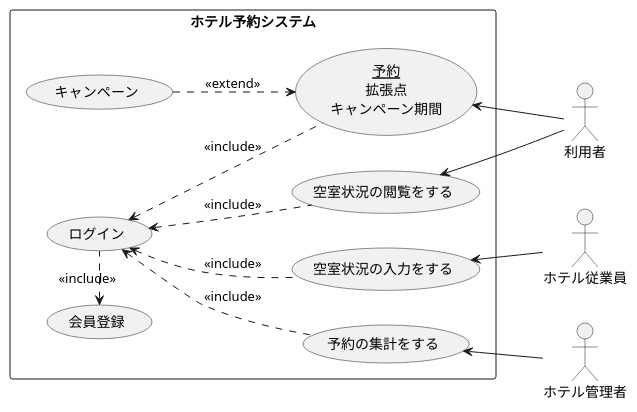
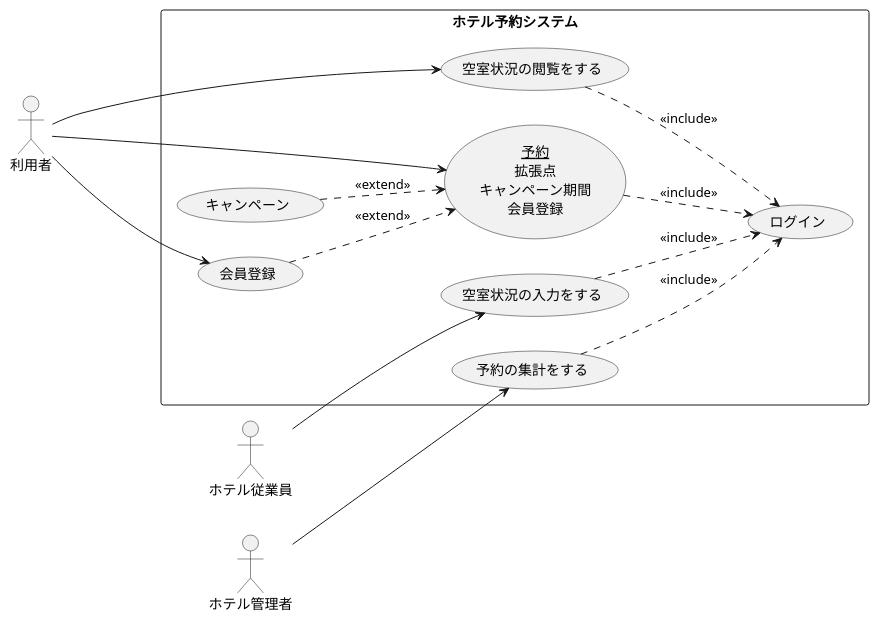
The diagram in 演習2-8_UC_ホテル予約システム.pu (kenkensan/uml-introduction), drawn with PlantUML before and after one commit.

Commit message:
演習2-8の修正2

```diff
--- a/演習2-8_UC_ホテル予約システム.pu
+++ b/演習2-8_UC_ホテル予約システム.pu
@@ -1,25 +1,26 @@
 @startuml 演習2-8
 left to right direction
 actor 利用者
 actor ホテル従業員
 actor ホテル管理者
 rectangle ホテル予約システム{
-usecase (<u>予約</u>\n拡張点\nキャンペーン期間) as 部屋の予約をする
+usecase (<u>予約</u>\n拡張点\nキャンペーン期間\n会員登録) as 部屋の予約をする
 usecase キャンペーン
 usecase ログイン
 usecase 空室状況の入力をする
 usecase 空室状況の閲覧をする
 usecase 予約の集計をする
 usecase 会員登録
 }
- 空室状況の入力をする<--ホテル従業員
- 部屋の予約をする<--利用者
-空室状況の閲覧をする<--利用者 
- 予約の集計をする<--ホテル管理者
+利用者 ---> 会員登録
+ ホテル従業員-->空室状況の入力をする
+ 利用者-->部屋の予約をする
+利用者-->空室状況の閲覧をする
+ ホテル管理者-->予約の集計をする
 キャンペーン ..>部屋の予約をする:<<extend>>
-ログイン <.. 部屋の予約をする:<<include>>
-ログイン <.. 空室状況の入力をする:<<include>>
-ログイン <.. 空室状況の閲覧をする:<<include>>
-ログイン <.. 予約の集計をする:<<include>>
-会員登録 <. ログイン:<<include>>
+部屋の予約をする ..> ログイン:<<include>>
+空室状況の入力をする ..> ログイン:<<include>>
+空室状況の閲覧をする ..> ログイン:<<include>>
+予約の集計をする ..> ログイン:<<include>>
+会員登録 ..>部屋の予約をする : <<extend>>
 @enduml
```
